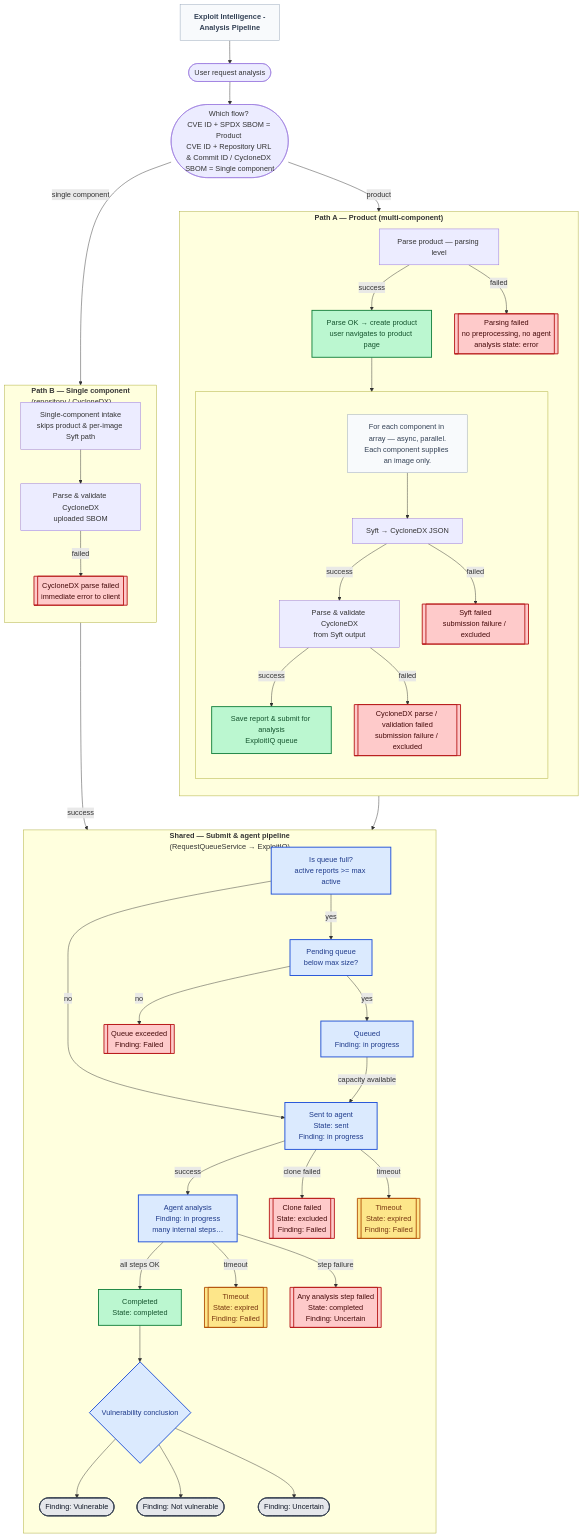
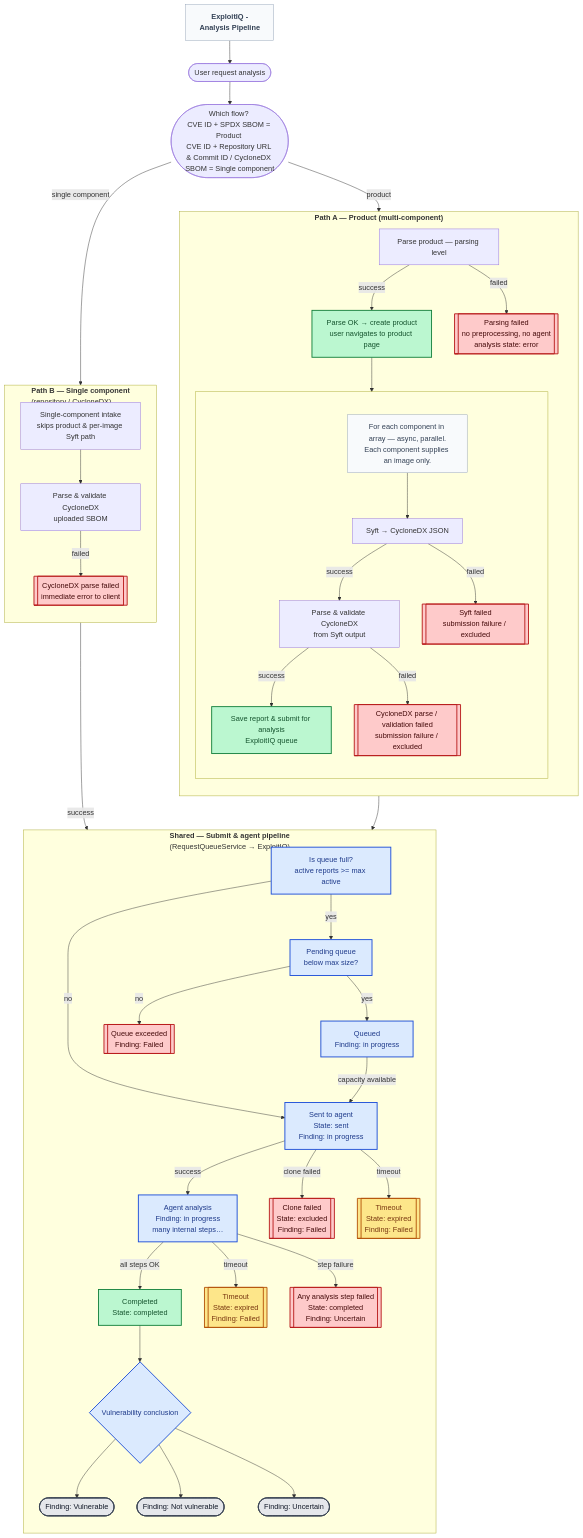
The diagram in README.md (RHEcosystemAppEng/agent-morpheus-client), drawn with Mermaid before and after one commit. The commit also changed other lines of this file and 26 other files, not shown here.

Commit message:
revert exploit intelligence

```diff
--- a/README.md
+++ b/README.md
@@ -147,7 +147,7 @@
     classDef ok fill:#bbf7d0,stroke:#15803d,stroke-width:2px,color:#14532d
     classDef caption fill:#f8fafc,stroke:#94a3b8,stroke-width:1px,color:#334155
 
-    HEADER["<b>Exploit Intelligence -<br/>Analysis Pipeline</b>"]
+    HEADER["<b>ExploitIQ -<br/>Analysis Pipeline</b>"]
     class HEADER caption
 
     START([User request analysis])
```
